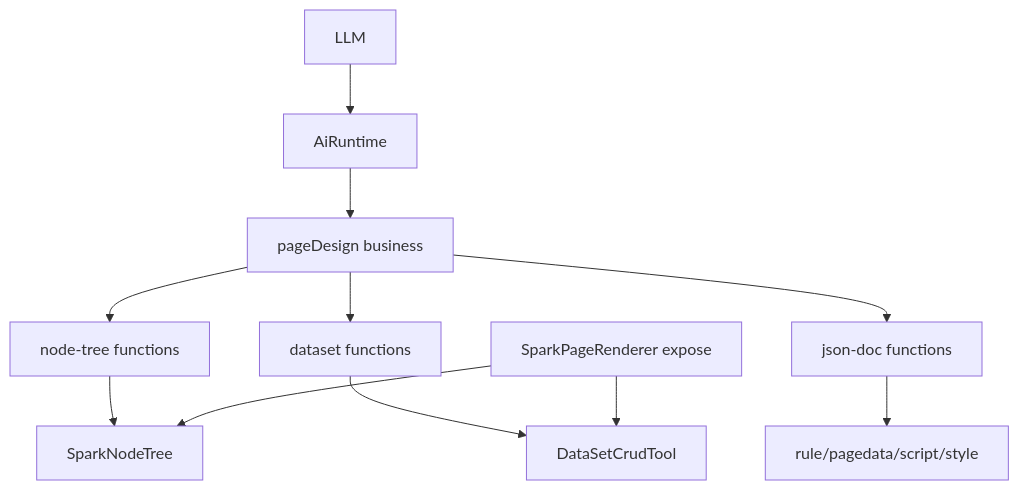
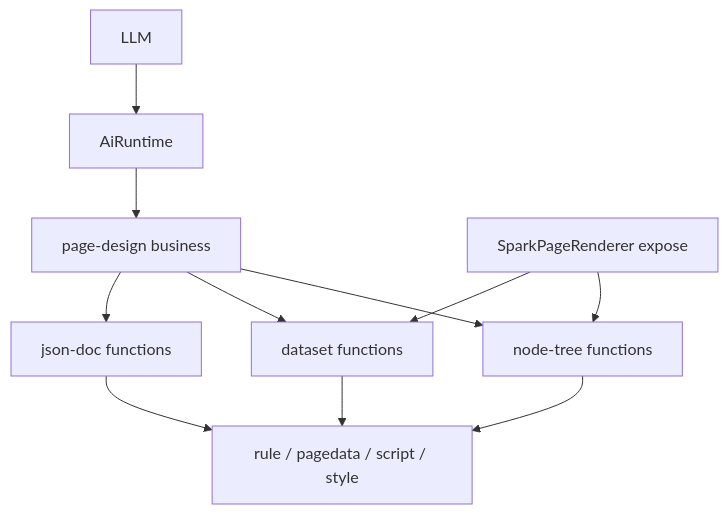
Diagram 12 of 16 in docs/SPARK_VIEW_PROJECT_DEEP_DIVE_ZH.md (LMSpark/spark-view-vue), drawn with Mermaid before and after one commit. The commit also changed other lines of this file and 120 other files, not shown here.

First line of the commit message:
fix(spark-component): migrate legacy props.id and suppress FieldContextRenderer attr fallthrough

````diff
--- a/docs/SPARK_VIEW_PROJECT_DEEP_DIVE_ZH.md
+++ b/docs/SPARK_VIEW_PROJECT_DEEP_DIVE_ZH.md
@@ -490,20 +538,22 @@
 ```mermaid
 flowchart TD
   LLM["LLM"]
   Runtime["AiRuntime"]
-  PageBusiness["pageDesign business"]
+  Business["page-design business"]
   NodeFuncs["node-tree functions"]
   DataFuncs["dataset functions"]
   JsonFuncs["json-doc functions"]
   Renderer["SparkPageRenderer expose"]
-  NodeTree["SparkNodeTree"]
-  CrudTool["DataSetCrudTool"]
-  Files["rule/pagedata/script/style"]
+  Files["rule / pagedata / script / style"]
 
-  LLM --> Runtime --> PageBusiness
-  PageBusiness --> NodeFuncs --> NodeTree
-  PageBusiness --> DataFuncs --> CrudTool
-  PageBusiness --> JsonFuncs --> Files
-  Renderer --> NodeTree
-  Renderer --> CrudTool
+  LLM --> Runtime
+  Runtime --> Business
+  Business --> NodeFuncs
+  Business --> DataFuncs
+  Business --> JsonFuncs
+  Renderer --> NodeFuncs
+  Renderer --> DataFuncs
+  NodeFuncs --> Files
+  DataFuncs --> Files
+  JsonFuncs --> Files
 ```
````
